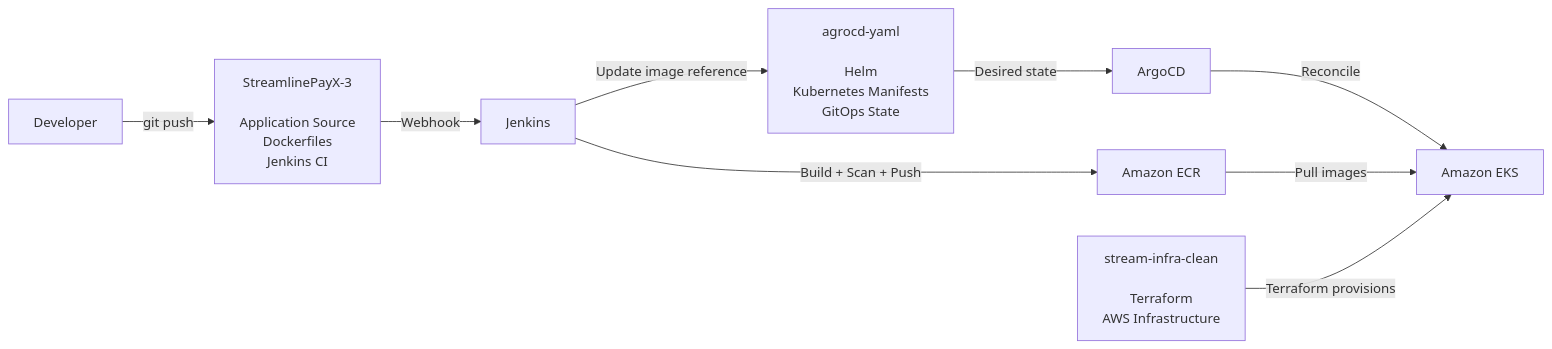
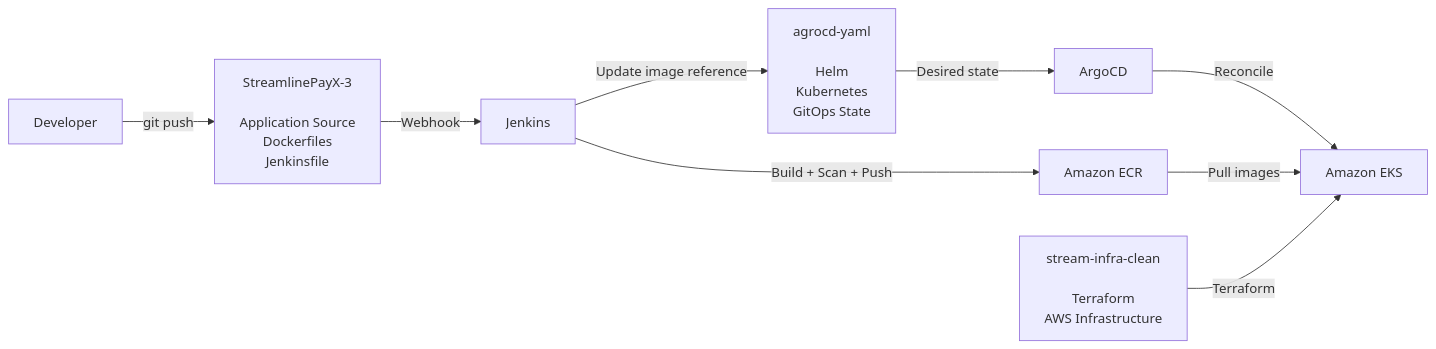
Before and after one commit to maxiemoses-eu/StreamlinePayX-3: the first of 2 diagrams in README.md, drawn with Mermaid. The commit also changed other lines of this file, not shown here.

````diff
--- a/README.md
+++ b/README.md
@@ -13,35 +17,32 @@
 ```mermaid
 flowchart LR
 
     DEV["Developer"]
 
-    APP["StreamlinePayX-3<br/><br/>Application Source<br/>Dockerfiles<br/>Jenkins CI"]
-
-    INFRA["stream-infra-clean<br/><br/>Terraform<br/>AWS Infrastructure"]
-
-    GITOPS["agrocd-yaml<br/><br/>Helm<br/>Kubernetes Manifests<br/>GitOps State"]
+    APP["StreamlinePayX-3<br/><br/>Application Source<br/>Dockerfiles<br/>Jenkinsfile"]
 
     JENKINS["Jenkins"]
 
     ECR["Amazon ECR"]
 
+    GITOPS["agrocd-yaml<br/><br/>Helm<br/>Kubernetes<br/>GitOps State"]
+
     ARGO["ArgoCD"]
+
+    INFRA["stream-infra-clean<br/><br/>Terraform<br/>AWS Infrastructure"]
 
     EKS["Amazon EKS"]
 
     DEV -->|"git push"| APP
-
     APP -->|"Webhook"| JENKINS
 
     JENKINS -->|"Build + Scan + Push"| ECR
-
     JENKINS -->|"Update image reference"| GITOPS
 
     GITOPS -->|"Desired state"| ARGO
-
     ARGO -->|"Reconcile"| EKS
 
     ECR -->|"Pull images"| EKS
 
-    INFRA -->|"Terraform provisions"| EKS
+    INFRA -->|"Terraform"| EKS
 ```
````
